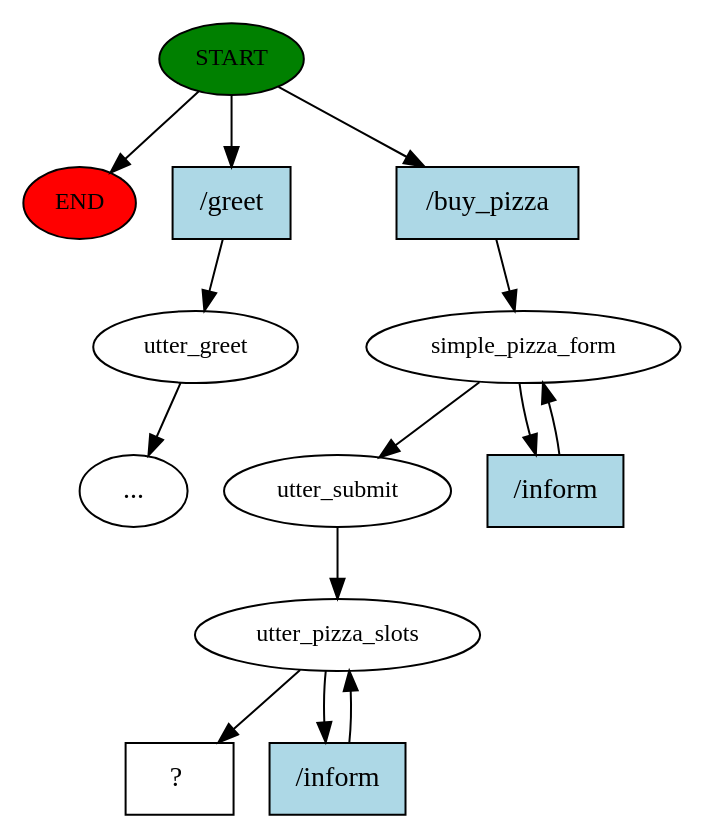
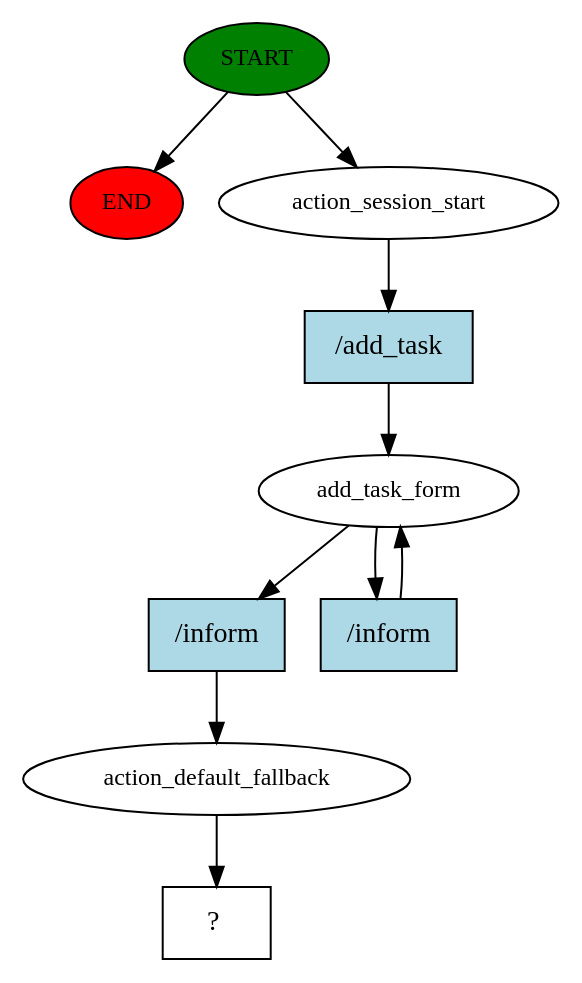
One commit to abeshahsan/voice_reminder changed the diagram in backend/story_graph.dot. Above: the diagram before and after it, drawn with Graphviz. The commit also changed 6 other files, not shown here.

```diff
--- a/backend/story_graph.dot
+++ b/backend/story_graph.dot
@@ -1,27 +1,20 @@
 digraph  {
 0 [class="start active", fillcolor=green, fontsize=12, label=START, style=filled];
 "-1" [class=end, fillcolor=red, fontsize=12, label=END, style=filled];
-1 [class="", fontsize=12, label=utter_greet];
-"-10" [class=ellipsis, label="..."];
-9 [class=active, fontsize=12, label=simple_pizza_form];
-12 [class=active, fontsize=12, label=utter_submit];
-13 [class=active, fontsize=12, label=utter_pizza_slots];
-15 [class="intent dashed active", label="  ?  ", shape=rect];
-16 [class=intent, fillcolor=lightblue, label="/greet", shape=rect, style=filled];
-17 [class="intent active", fillcolor=lightblue, label="/buy_pizza", shape=rect, style=filled];
-18 [class="intent active", fillcolor=lightblue, label="/inform", shape=rect, style=filled];
-19 [class="intent active", fillcolor=lightblue, label="/inform", shape=rect, style=filled];
+1 [class=active, fontsize=12, label=action_session_start];
+2 [class=active, fontsize=12, label=add_task_form];
+4 [class=active, fontsize=12, label=action_default_fallback];
+5 [class="intent dashed active", label="  ?  ", shape=rect];
+6 [class="intent active", fillcolor=lightblue, label="/add_task", shape=rect, style=filled];
+7 [class="intent active", fillcolor=lightblue, label="/inform", shape=rect, style=filled];
+8 [class="intent active", fillcolor=lightblue, label="/inform", shape=rect, style=filled];
 0 -> "-1"  [class="", key=NONE, label=""];
-0 -> 16  [class="", key=0];
-0 -> 17  [class=active, key=0];
-1 -> "-10"  [class="", key=NONE, label=""];
-9 -> 12  [class=active, key=NONE, label=""];
-9 -> 18  [class=active, key=0];
-12 -> 13  [class=active, key=NONE, label=""];
-13 -> 15  [class=active, key=NONE, label=""];
-13 -> 19  [class=active, key=0];
-16 -> 1  [class="", key=0];
-17 -> 9  [class=active, key=0];
-18 -> 9  [class=active, key=0];
-19 -> 13  [class=active, key=0];
+0 -> 1  [class=active, key=NONE, label=""];
+1 -> 6  [class=active, key=0];
+2 -> 7  [class=active, key=0];
+2 -> 8  [class=active, key=0];
+4 -> 5  [class=active, key=NONE, label=""];
+6 -> 2  [class=active, key=0];
+7 -> 4  [class=active, key=0];
+8 -> 2  [class=active, key=0];
 }
```
